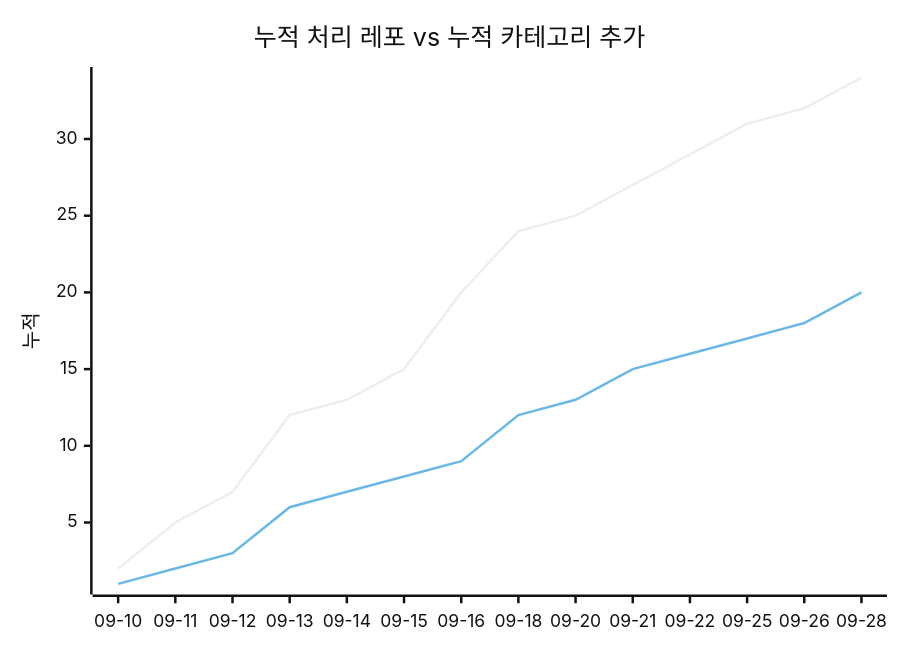
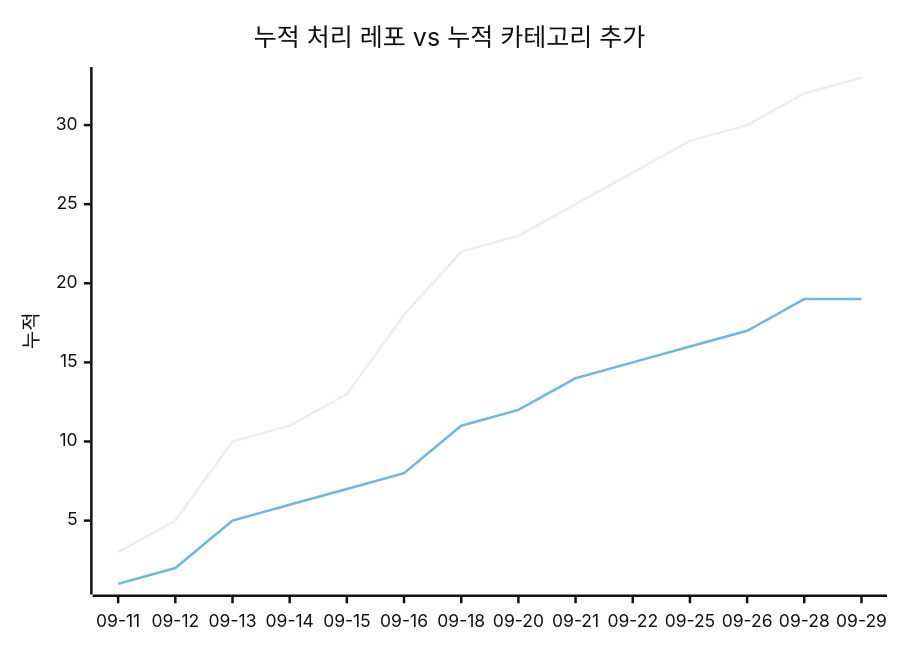
Before and after one commit to J-nowcow/awesome-korean-agent-skills: the second of 2 diagrams in docs/trends.md, drawn with Mermaid (neutral theme). The commit also changed other lines of this file and 2 other files, not shown here.

````diff
--- a/docs/trends.md
+++ b/docs/trends.md
@@ -68,8 +68,8 @@
 ```mermaid
 xychart-beta
     title "누적 처리 레포 vs 누적 카테고리 추가"
-    x-axis ["09-10","09-11","09-12","09-13","09-14","09-15","09-16","09-18","09-20","09-21","09-22","09-25","09-26","09-28"]
+    x-axis ["09-11","09-12","09-13","09-14","09-15","09-16","09-18","09-20","09-21","09-22","09-25","09-26","09-28","09-29"]
     y-axis "누적"
-    line [2,5,7,12,13,15,20,24,25,27,29,31,32,34]
-    line [1,2,3,6,7,8,9,12,13,15,16,17,18,20]
+    line [3,5,10,11,13,18,22,23,25,27,29,30,32,33]
+    line [1,2,5,6,7,8,11,12,14,15,16,17,19,19]
 ```
````
